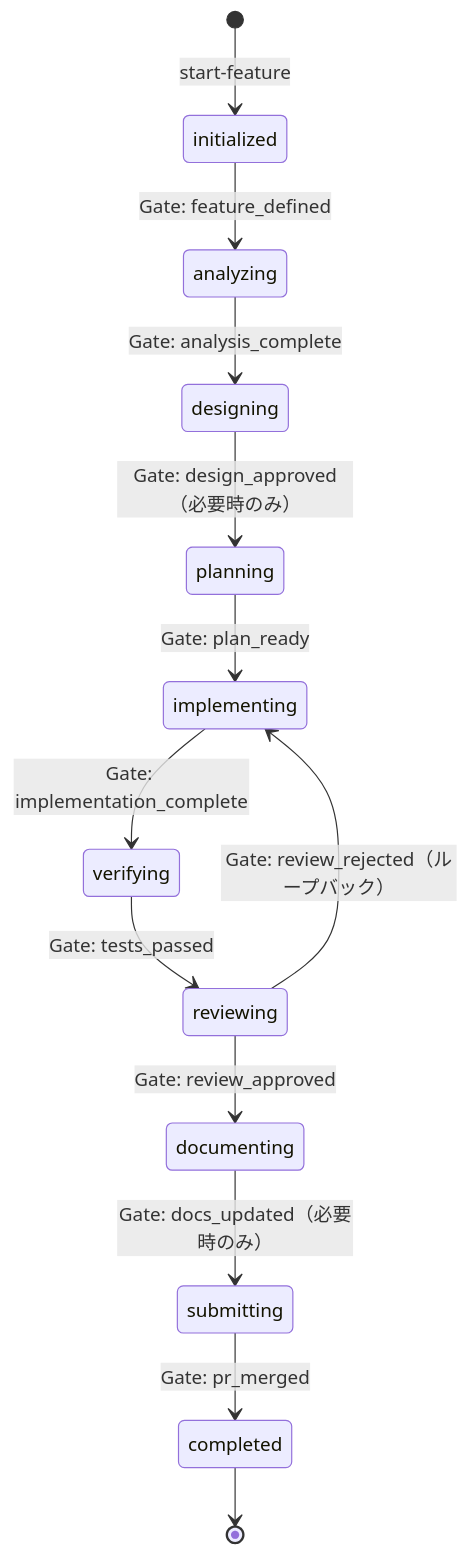
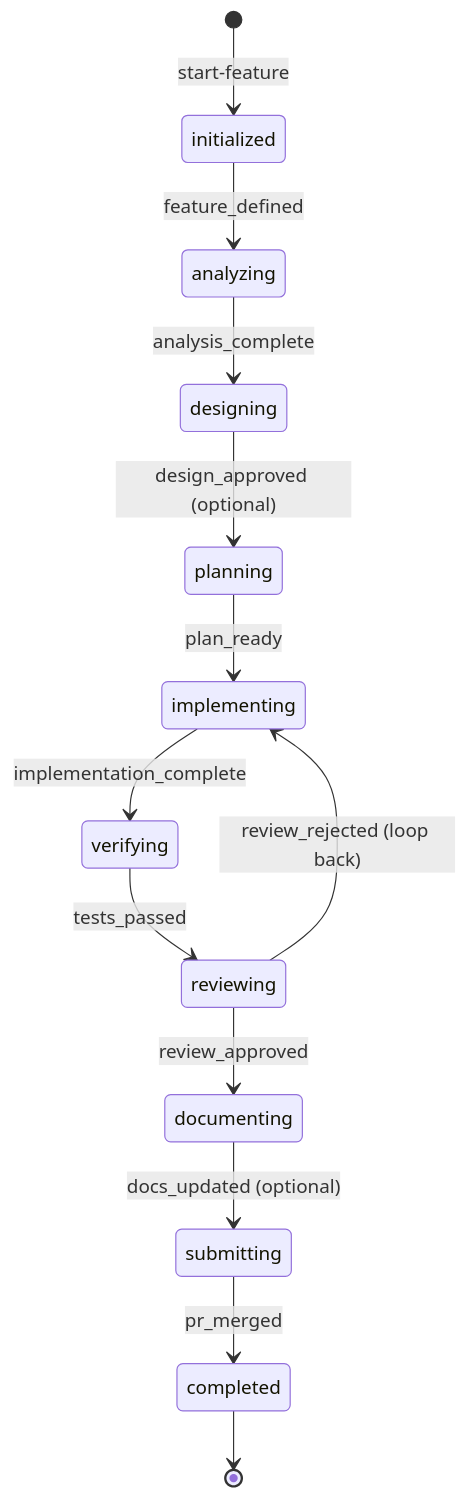
The third of 3 diagrams in README.md (nanikasheila/copilot-cli-workflow-framework), drawn with Mermaid before and after one commit.

Commit message:
fix: Flow State遷移図のMermaid構文エラーを修正
ラベル内のコロン（Gate: xxx）がstateDiagram-v2のラベル区切り文字と
衝突してパースエラーになっていたため、ラベルからコロンを除去した

````diff
--- a/README.md
+++ b/README.md
@@ -288,15 +288,15 @@
 ```mermaid
 stateDiagram-v2
     [*] --> initialized: start-feature
-    initialized --> analyzing: Gate: feature_defined
-    analyzing --> designing: Gate: analysis_complete
-    designing --> planning: Gate: design_approved（必要時のみ）
-    planning --> implementing: Gate: plan_ready
-    implementing --> verifying: Gate: implementation_complete
-    verifying --> reviewing: Gate: tests_passed
-    reviewing --> documenting: Gate: review_approved
-    reviewing --> implementing: Gate: review_rejected（ループバック）
-    documenting --> submitting: Gate: docs_updated（必要時のみ）
-    submitting --> completed: Gate: pr_merged
+    initialized --> analyzing: feature_defined
+    analyzing --> designing: analysis_complete
+    designing --> planning: design_approved (optional)
+    planning --> implementing: plan_ready
+    implementing --> verifying: implementation_complete
+    verifying --> reviewing: tests_passed
+    reviewing --> documenting: review_approved
+    reviewing --> implementing: review_rejected (loop back)
+    documenting --> submitting: docs_updated (optional)
+    submitting --> completed: pr_merged
     completed --> [*]
 ```
````
